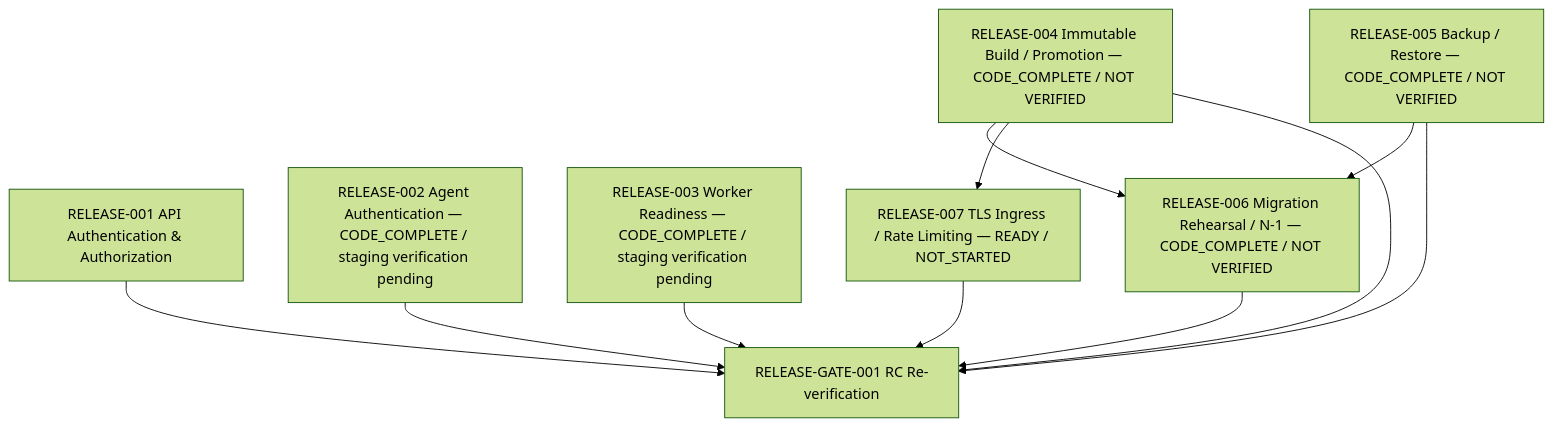
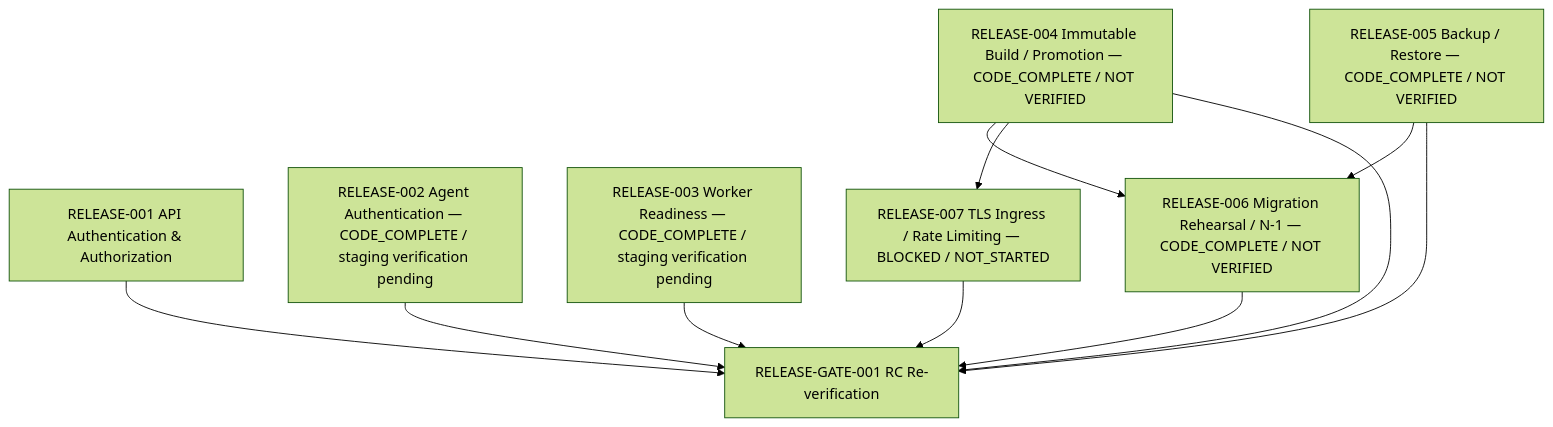
One commit to duclee9x/itcenter changed the diagram in docs/release/RELEASE_DEPENDENCY_GRAPH.md. Above: the diagram before and after it, drawn with Mermaid (forest theme). The commit also changed other lines of this file and 7 other files, not shown here.

````diff
--- a/docs/release/RELEASE_DEPENDENCY_GRAPH.md
+++ b/docs/release/RELEASE_DEPENDENCY_GRAPH.md
@@ -6,23 +6,23 @@
 ```mermaid
 flowchart TD
   R001[RELEASE-001 API Authentication & Authorization]
   R002[RELEASE-002 Agent Authentication — CODE_COMPLETE / staging verification pending]
   R003[RELEASE-003 Worker Readiness — CODE_COMPLETE / staging verification pending]
   R004[RELEASE-004 Immutable Build / Promotion — CODE_COMPLETE / NOT VERIFIED]
   R005[RELEASE-005 Backup / Restore — CODE_COMPLETE / NOT VERIFIED]
   R006[RELEASE-006 Migration Rehearsal / N-1 — CODE_COMPLETE / NOT VERIFIED]
-  R007[RELEASE-007 TLS Ingress / Rate Limiting — READY / NOT_STARTED]
+  R007[RELEASE-007 TLS Ingress / Rate Limiting — BLOCKED / NOT_STARTED]
   G001[RELEASE-GATE-001 RC Re-verification]
 
   R004 --> R006
   R005 --> R006
   R004 --> R007
 
   R001 --> G001
   R002 --> G001
   R003 --> G001
   R004 --> G001
   R005 --> G001
   R006 --> G001
   R007 --> G001
 ```
````
